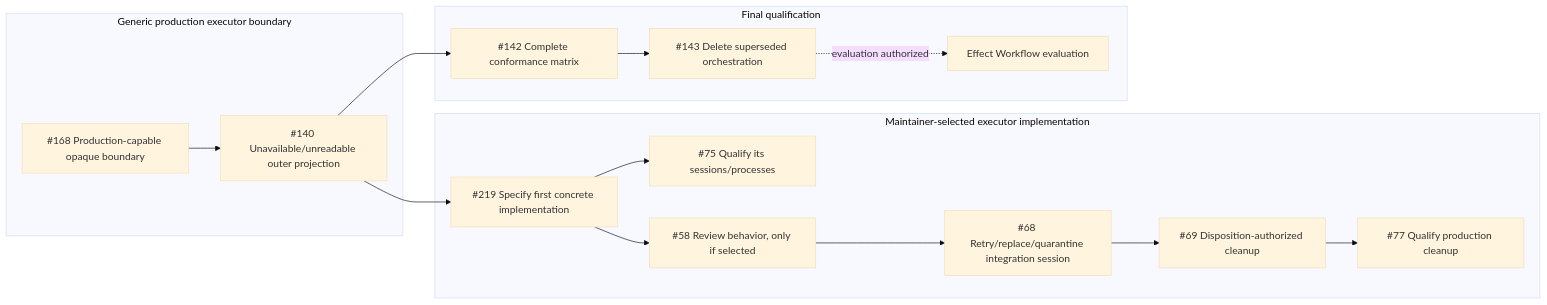
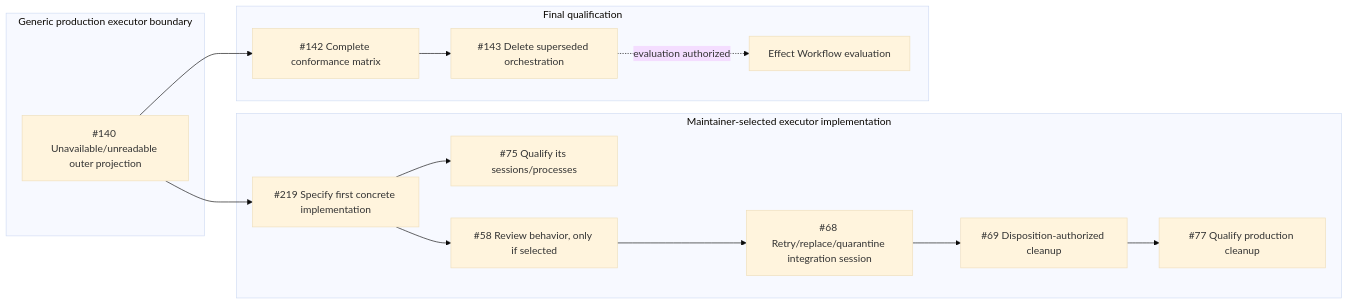
The diagram in research/effect-workflow-prerequisite-subgraph.md (dearlordylord/dalph), drawn with Mermaid (base theme) before and after one commit. The commit also changed other lines of this file and 1 other file, not shown here.

Commit message:
chore: advance executor prerequisite graph

````diff
--- a/research/effect-workflow-prerequisite-subgraph.md
+++ b/research/effect-workflow-prerequisite-subgraph.md
@@ -1,35 +1,32 @@
 ```mermaid
 flowchart LR
   subgraph generic["Generic production executor boundary"]
-    i168["#168 Production-capable opaque boundary"]
     i140["#140 Unavailable/unreadable outer projection"]
   end
 
   subgraph concrete["Maintainer-selected executor implementation"]
     i219["#219 Specify first concrete implementation"]
     i75["#75 Qualify its sessions/processes"]
     i58["#58 Review behavior, only if selected"]
     i68["#68 Retry/replace/quarantine integration session"]
     i69["#69 Disposition-authorized cleanup"]
     i77["#77 Qualify production cleanup"]
   end
 
   subgraph final["Final qualification"]
     i142["#142 Complete conformance matrix"]
     i143["#143 Delete superseded orchestration"]
     effectWorkflow["Effect Workflow evaluation"]
   end
 
-  i168 --> i140
-
   i140 --> i142
   i142 --> i143
   i143 -. evaluation authorized .-> effectWorkflow
 
   i140 --> i219
   i219 --> i75
   i219 --> i58
   i58 --> i68
   i68 --> i69
   i69 --> i77
 ```
````
